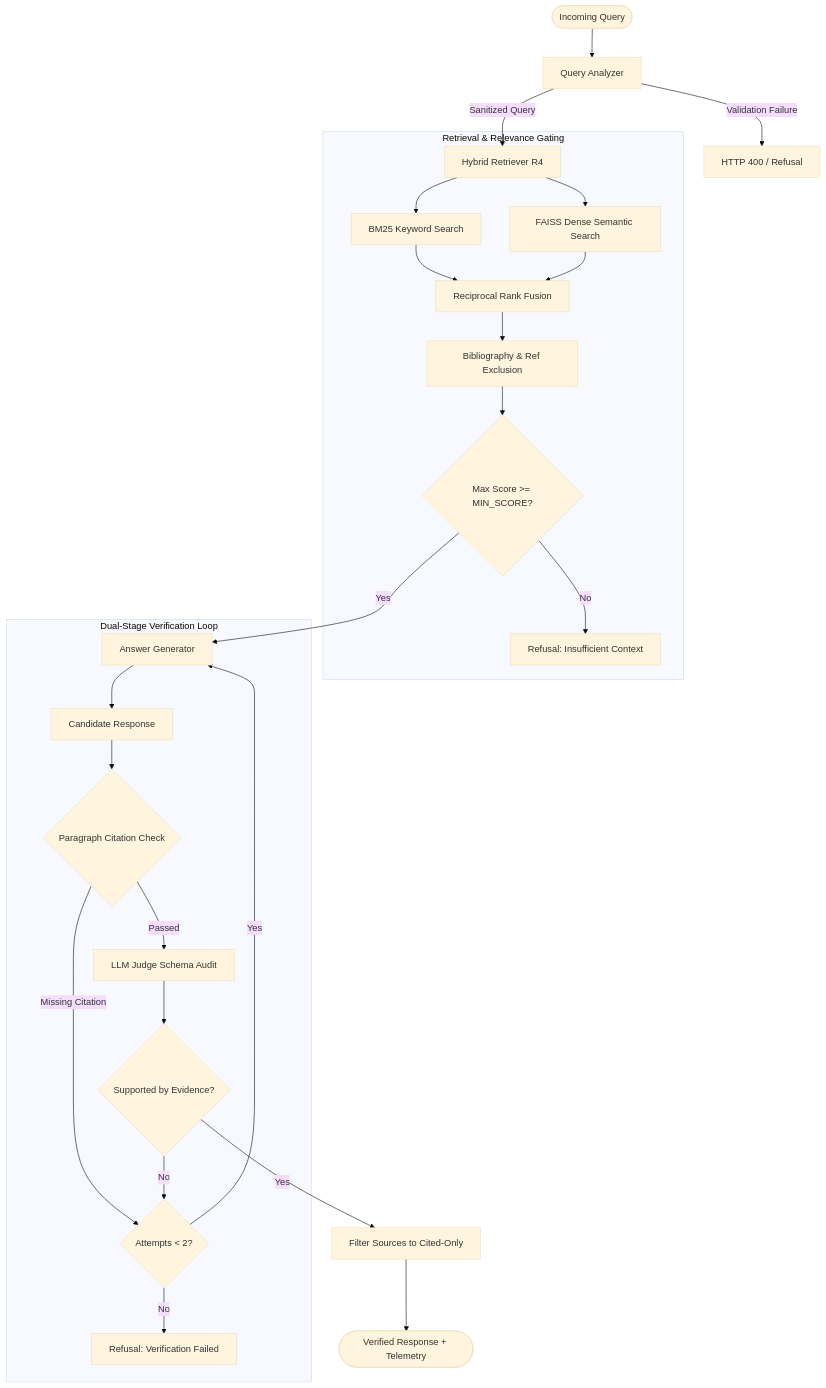
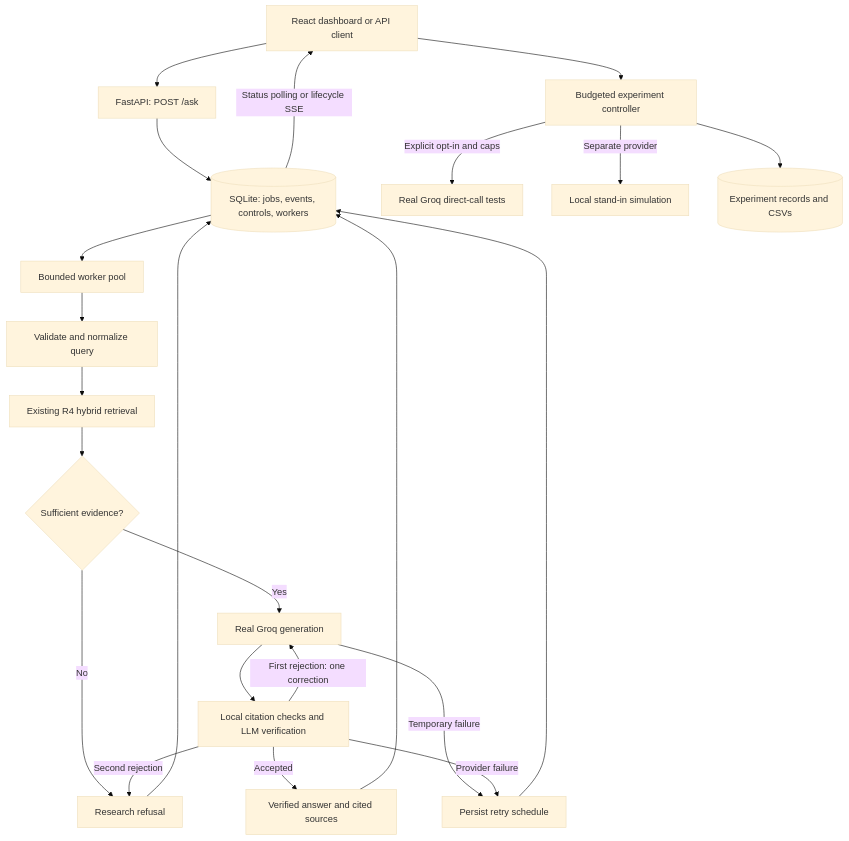
One commit to CYBERCONQUEROR/The-Relay changed the diagram in README.md. Above: the diagram before and after it, drawn with Mermaid (base theme). The commit also changed other lines of this file, not shown here.

````diff
--- a/README.md
+++ b/README.md
@@ -151,32 +224,25 @@
 ```mermaid
 flowchart TD
-    UserQuery([Incoming Query]) --> QueryAnalyzer[Query Analyzer]
-    
-    QueryAnalyzer -->|Validation Failure| RefuseInvalid[HTTP 400 / Refusal]
-    QueryAnalyzer -->|Sanitized Query| Retriever[Hybrid Retriever R4]
-    
-    subgraph RetrievalLayer [Retrieval & Relevance Gating]
-        Retriever --> BM25Search[BM25 Keyword Search]
-        Retriever --> FAISSSearch[FAISS Dense Semantic Search]
-        BM25Search & FAISSSearch --> RRF[Reciprocal Rank Fusion]
-        RRF --> RefFilter[Bibliography & Ref Exclusion]
-        RefFilter --> RelevanceGate{Max Score >= MIN_SCORE?}
-        RelevanceGate -->|No| RefuseNoEvidence[Refusal: Insufficient Context]
-    end
-
-    RelevanceGate -->|Yes| Generator[Answer Generator]
-    
-    subgraph VerificationEngine [Dual-Stage Verification Loop]
-        Generator --> CandidateAnswer[Candidate Response]
-        CandidateAnswer --> RegexCheck{Paragraph Citation Check}
-        RegexCheck -->|Missing Citation| AttemptCheck{Attempts < 2?}
-        RegexCheck -->|Passed| LLMVerifier[LLM Judge Schema Audit]
-        LLMVerifier --> Verdict{Supported by Evidence?}
-        Verdict -->|No| AttemptCheck
-        AttemptCheck -->|Yes| Generator
-        AttemptCheck -->|No| RefuseUnverified[Refusal: Verification Failed]
-    end
-
-    Verdict -->|Yes| FilterSources[Filter Sources to Cited-Only]
-    FilterSources --> VerifiedOutput([Verified Response + Telemetry])
+    UI[React dashboard or API client] --> API[FastAPI: POST /ask]
+    API --> DB[(SQLite: jobs, events, controls, workers)]
+    DB --> W[Bounded worker pool]
+    W --> Q[Validate and normalize query]
+    Q --> R[Existing R4 hybrid retrieval]
+    R --> E{Sufficient evidence?}
+    E -->|No| REFUSE[Research refusal]
+    E -->|Yes| G[Real Groq generation]
+    G --> V[Local citation checks and LLM verification]
+    V -->|First rejection: one correction| G
+    V -->|Accepted| ANSWER[Verified answer and cited sources]
+    V -->|Second rejection| REFUSE
+    G -->|Temporary failure| RETRY[Persist retry schedule]
+    V -->|Provider failure| RETRY
+    RETRY --> DB
+    ANSWER --> DB
+    REFUSE --> DB
+    DB -->|Status polling or lifecycle SSE| UI
+    UI --> X[Budgeted experiment controller]
+    X -->|Explicit opt-in and caps| GROQ[Real Groq direct-call tests]
+    X -->|Separate provider| SIM[Local stand-in simulation]
+    X --> REPORTS[(Experiment records and CSVs)]
 ```
````
